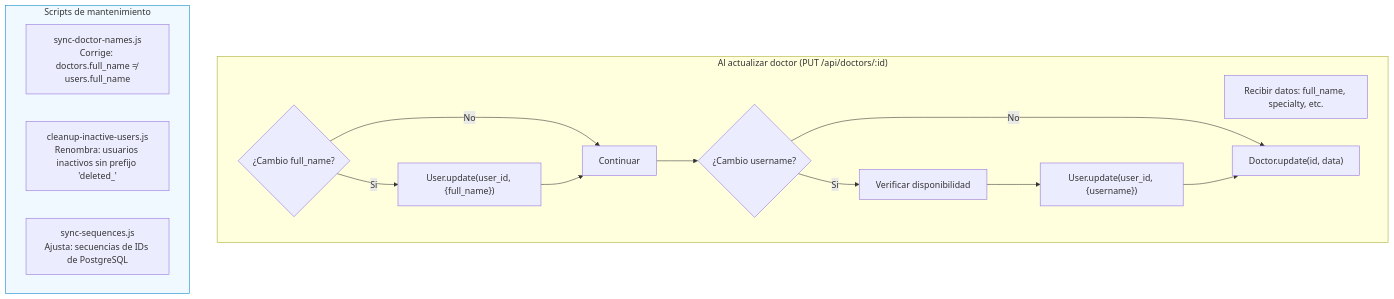
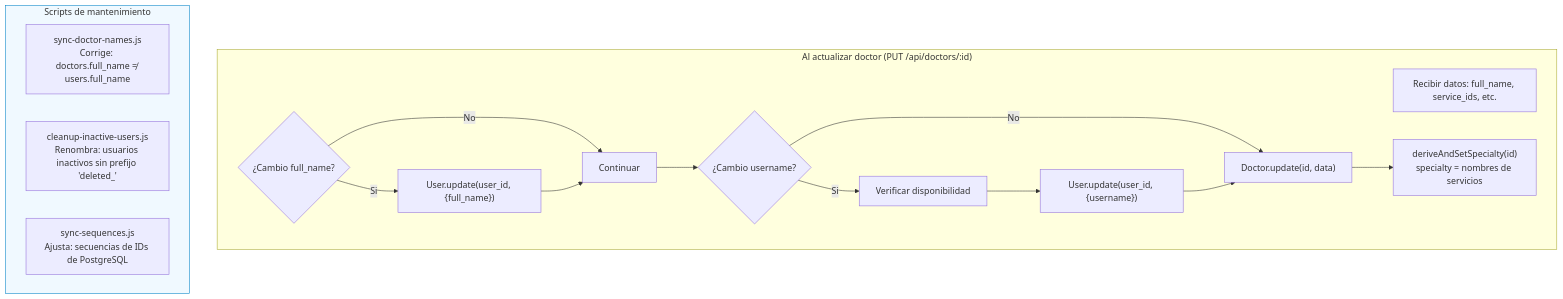
Before and after one commit to monroyhd/app-turnos: diagram 21 of 22 in bitacora/diagrama.md, drawn with Mermaid. The commit also changed other lines of this file and 9 other files, not shown here.

````diff
--- a/bitacora/diagrama.md
+++ b/bitacora/diagrama.md
@@ -902,23 +902,24 @@
 ```mermaid
 flowchart TD
     subgraph Update["Al actualizar doctor (PUT /api/doctors/:id)"]
-        U1["Recibir datos: full_name, specialty, etc."]
+        U1["Recibir datos: full_name, service_ids, etc."]
         U2{"¿Cambio full_name?"}
         U2 -->|Si| U3["User.update(user_id, {full_name})"]
         U2 -->|No| U4["Continuar"]
         U3 --> U4
         U4 --> U5{"¿Cambio username?"}
         U5 -->|Si| U6["Verificar disponibilidad"]
         U6 --> U7["User.update(user_id, {username})"]
         U5 -->|No| U8["Doctor.update(id, data)"]
         U7 --> U8
+        U8 --> U9["deriveAndSetSpecialty(id)<br/>specialty = nombres de servicios"]
     end
 
     subgraph Scripts["Scripts de mantenimiento"]
         S1["sync-doctor-names.js<br/>Corrige: doctors.full_name ≠ users.full_name"]
         S2["cleanup-inactive-users.js<br/>Renombra: usuarios inactivos sin prefijo 'deleted_'"]
         S3["sync-sequences.js<br/>Ajusta: secuencias de IDs de PostgreSQL"]
     end
 
     style Scripts fill:#f0f9ff,stroke:#0284c7
 ```
````
